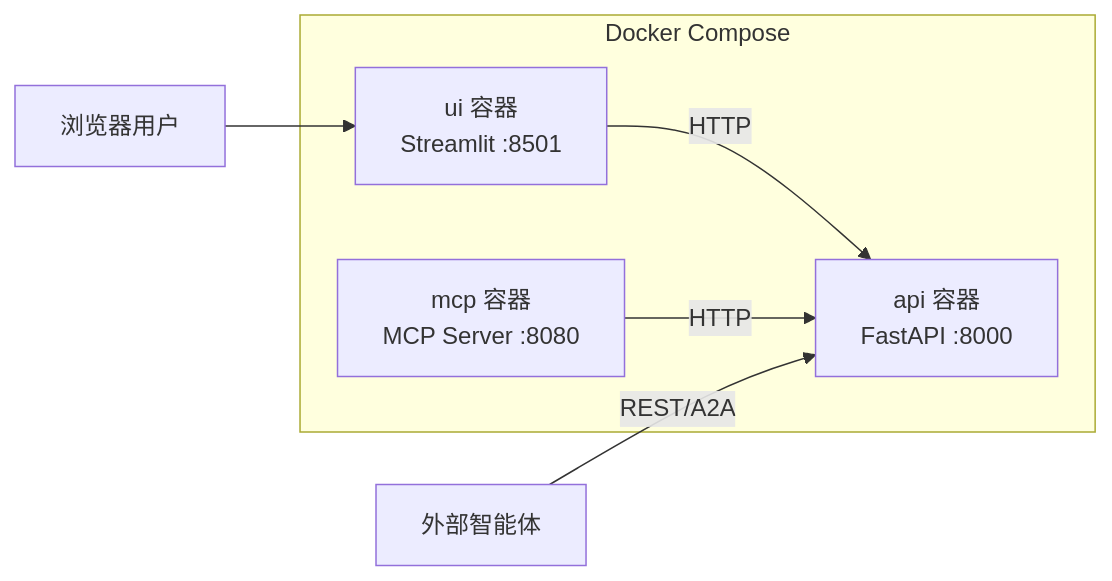
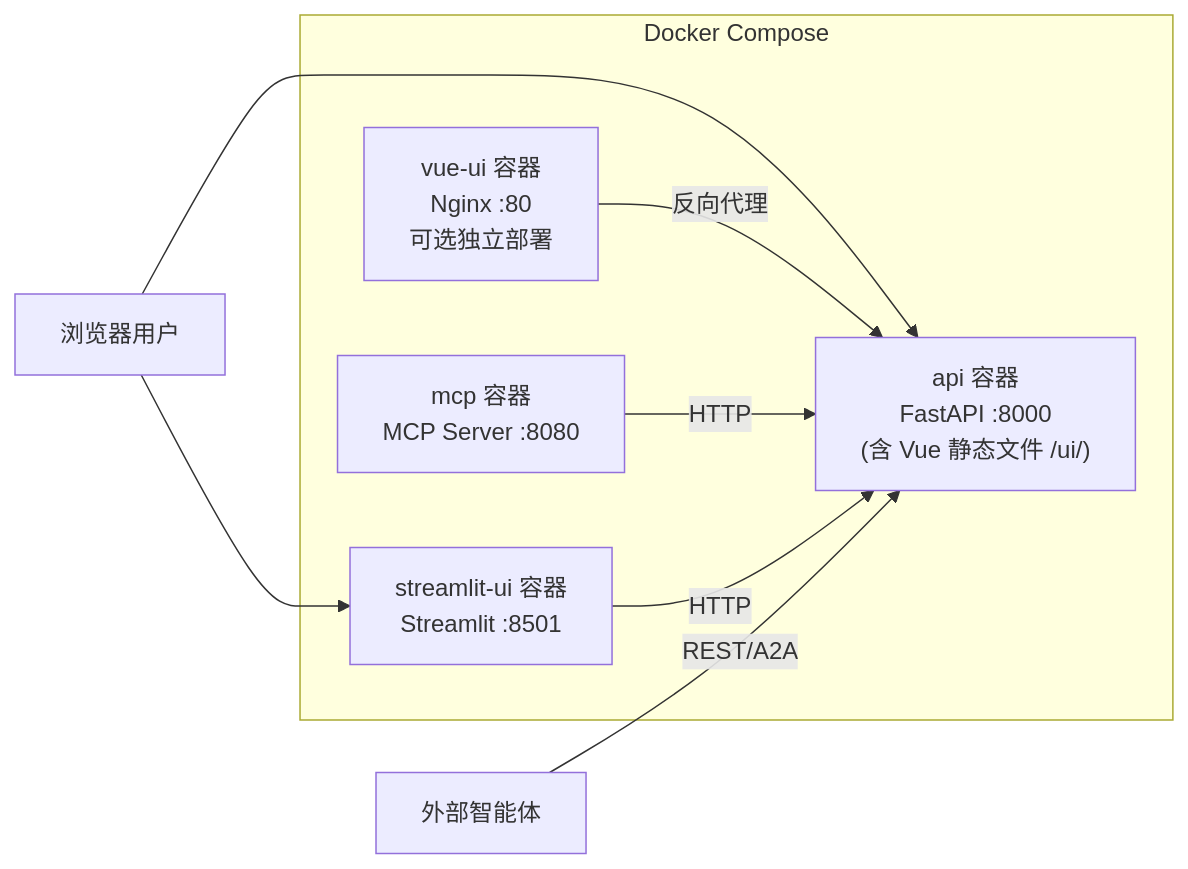
One commit to decouples/forex_agent changed the seventh of 7 diagrams in README.md. Above: the diagram before and after it, drawn with Mermaid. The commit also changed other lines of this file and 37 other files, not shown here.

````diff
--- a/README.md
+++ b/README.md
@@ -137,12 +147,15 @@
 ```mermaid
 flowchart LR
     subgraph Docker Compose
-        API[api 容器<br/>FastAPI :8000]
-        UI[ui 容器<br/>Streamlit :8501]
+        API["api 容器<br/>FastAPI :8000<br/>(含 Vue 静态文件 /ui/)"]
+        ST[streamlit-ui 容器<br/>Streamlit :8501]
+        VUE[vue-ui 容器<br/>Nginx :80<br/>可选独立部署]
         MCP[mcp 容器<br/>MCP Server :8080]
     end
-    UI -->|HTTP| API
+    ST -->|HTTP| API
+    VUE -->|反向代理| API
     MCP -->|HTTP| API
     EXT[外部智能体] -->|REST/A2A| API
-    USER[浏览器用户] --> UI
+    USER[浏览器用户] --> API
+    USER --> ST
 ```
````
